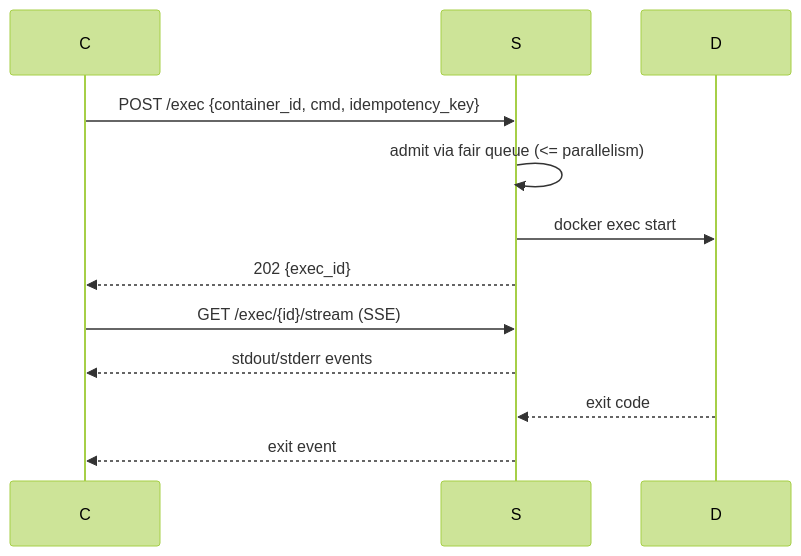
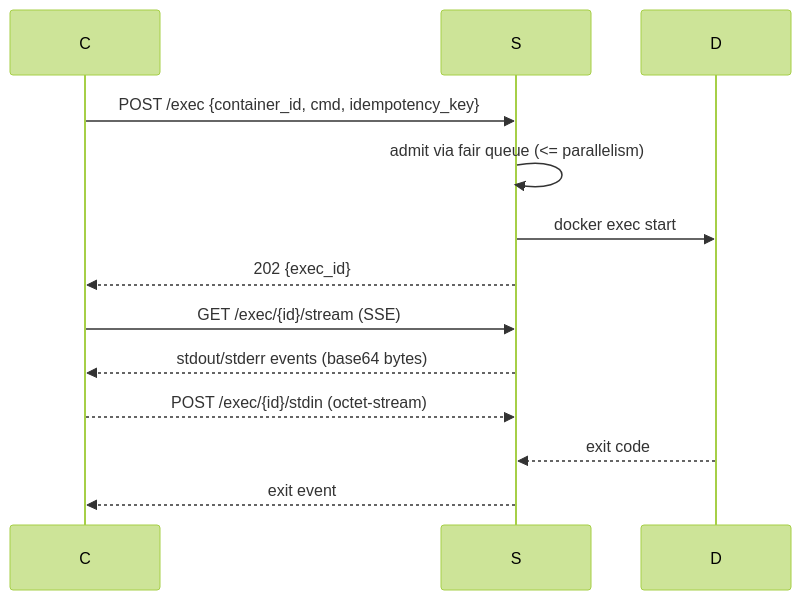
The second of 7 diagrams in docs/architecture.md (pvliesdonk/mcp-devbench), drawn with Mermaid (forest theme) before and after one commit. The commit also changed other lines of this file, not shown here.

Commit message:
docs: address PR #15 review (locks, envelopes, fs.read, fairness wording, attach flow, SSE data)

````diff
--- a/docs/architecture.md
+++ b/docs/architecture.md
@@ -354,11 +347,12 @@
 ```mermaid
 sequenceDiagram
 C->>S: POST /exec {container_id, cmd, idempotency_key}
 S->>S: admit via fair queue (<= parallelism)
 S->>D: docker exec start
 S-->>C: 202 {exec_id}
 C->>S: GET /exec/{id}/stream (SSE)
-S-->>C: stdout/stderr events
+S-->>C: stdout/stderr events (base64 bytes)
+C-->>S: POST /exec/{id}/stdin (octet-stream)
 D-->>S: exit code
 S-->>C: exit event
 ```
````
